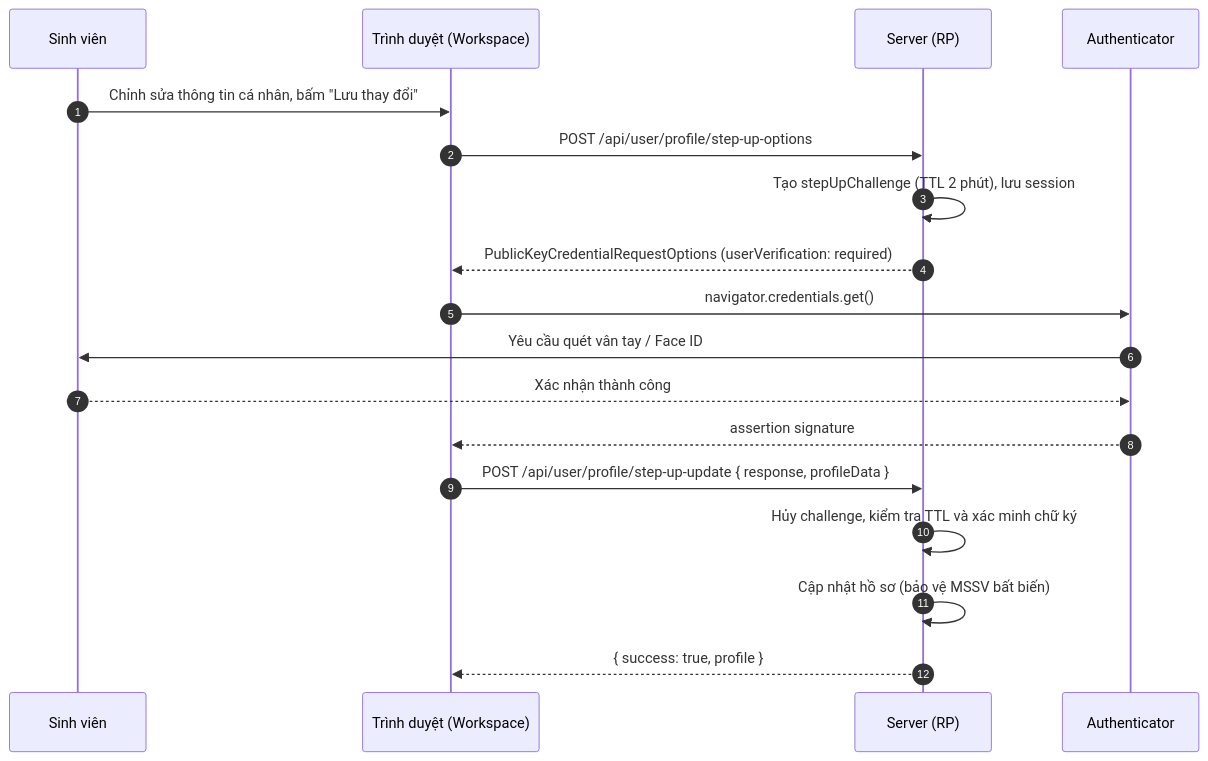
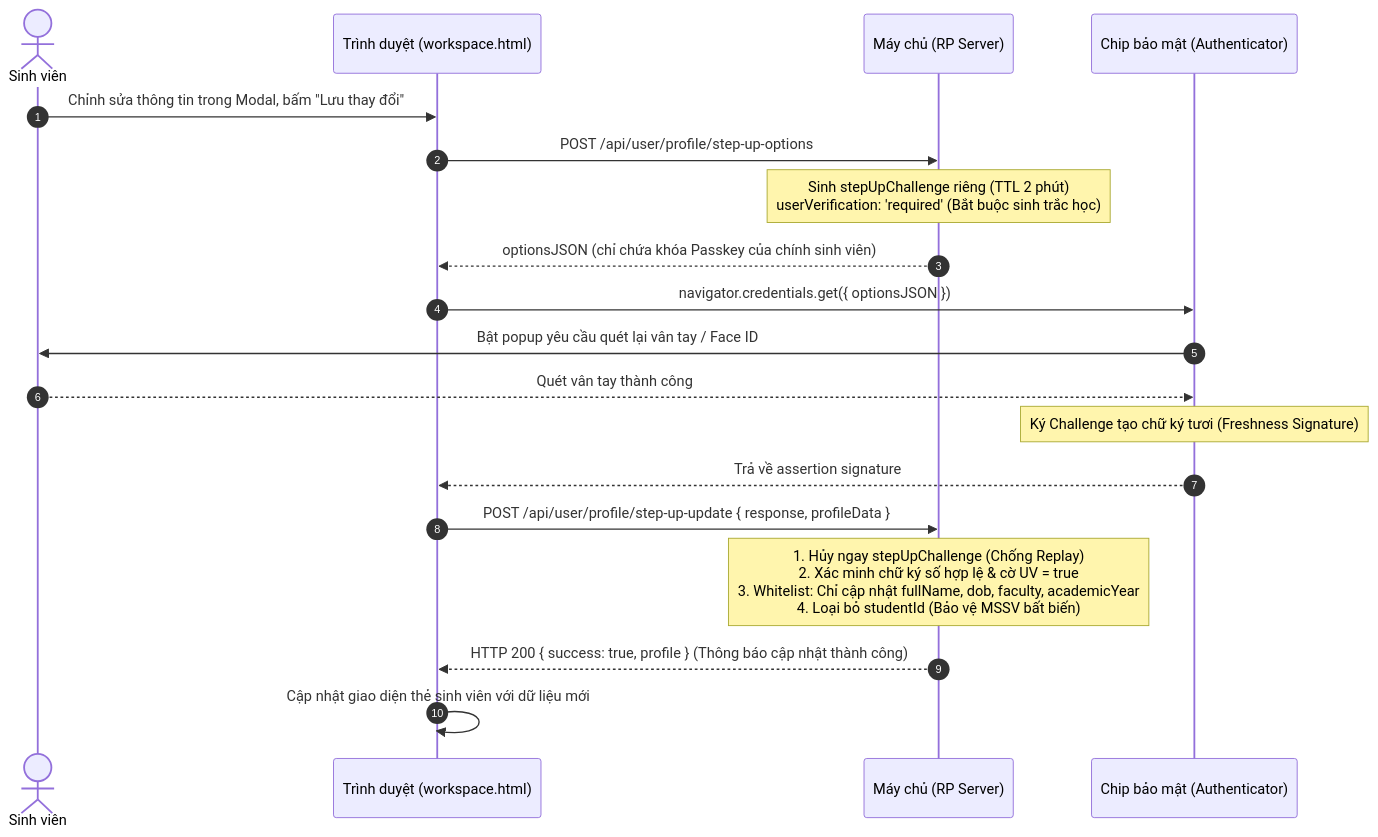
The third of 3 diagrams in README.md (nguyenquockiet2462005/fido2), drawn with Mermaid before and after one commit. The commit also changed other lines of this file, not shown here.

````diff
--- a/README.md
+++ b/README.md
@@ -138,21 +166,22 @@
 ```mermaid
 sequenceDiagram
     autonumber
-    participant U as Sinh viên
-    participant C as Trình duyệt (Workspace)
-    participant S as Server (RP)
-    participant A as Authenticator
+    actor U as Sinh viên
+    participant C as Trình duyệt (workspace.html)
+    participant S as Máy chủ (RP Server)
+    participant A as Chip bảo mật (Authenticator)
 
-    U->>C: Chỉnh sửa thông tin cá nhân, bấm "Lưu thay đổi"
+    U->>C: Chỉnh sửa thông tin trong Modal, bấm "Lưu thay đổi"
     C->>S: POST /api/user/profile/step-up-options
-    S->>S: Tạo stepUpChallenge (TTL 2 phút), lưu session
-    S-->>C: PublicKeyCredentialRequestOptions (userVerification: required)
-    C->>A: navigator.credentials.get()
-    A->>U: Yêu cầu quét vân tay / Face ID
-    U-->>A: Xác nhận thành công
-    A-->>C: assertion signature
+    Note over S: Sinh stepUpChallenge riêng (TTL 2 phút)<br/>userVerification: 'required' (Bắt buộc sinh trắc học)
+    S-->>C: optionsJSON (chỉ chứa khóa Passkey của chính sinh viên)
+    C->>A: navigator.credentials.get({ optionsJSON })
+    A->>U: Bật popup yêu cầu quét lại vân tay / Face ID
+    U-->>A: Quét vân tay thành công
+    Note over A: Ký Challenge tạo chữ ký tươi (Freshness Signature)
+    A-->>C: Trả về assertion signature
     C->>S: POST /api/user/profile/step-up-update { response, profileData }
-    S->>S: Hủy challenge, kiểm tra TTL và xác minh chữ ký
-    S->>S: Cập nhật hồ sơ (bảo vệ MSSV bất biến)
-    S-->>C: { success: true, profile }
+    Note over S: 1. Hủy ngay stepUpChallenge (Chống Replay)<br/>2. Xác minh chữ ký số hợp lệ & cờ UV = true<br/>3. Whitelist: Chỉ cập nhật fullName, dob, faculty, academicYear<br/>4. Loại bỏ studentId (Bảo vệ MSSV bất biến)
+    S-->>C: HTTP 200 { success: true, profile } (Thông báo cập nhật thành công)
+    C->>C: Cập nhật giao diện thẻ sinh viên với dữ liệu mới
 ```
````
